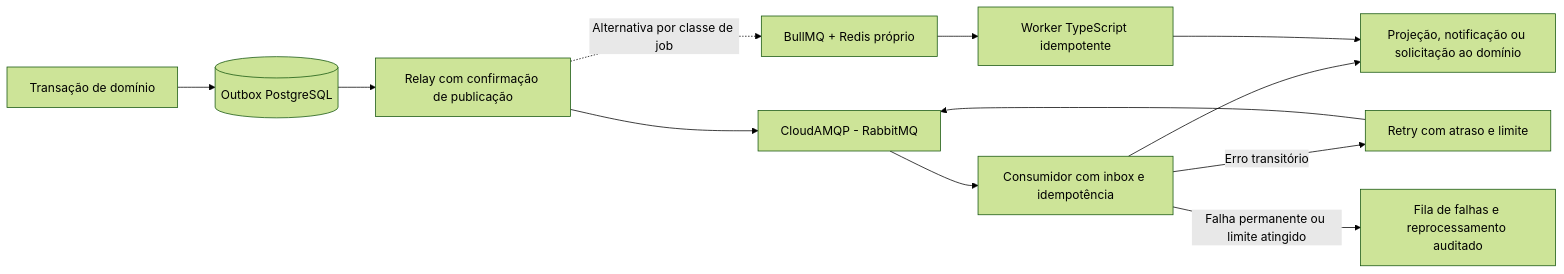
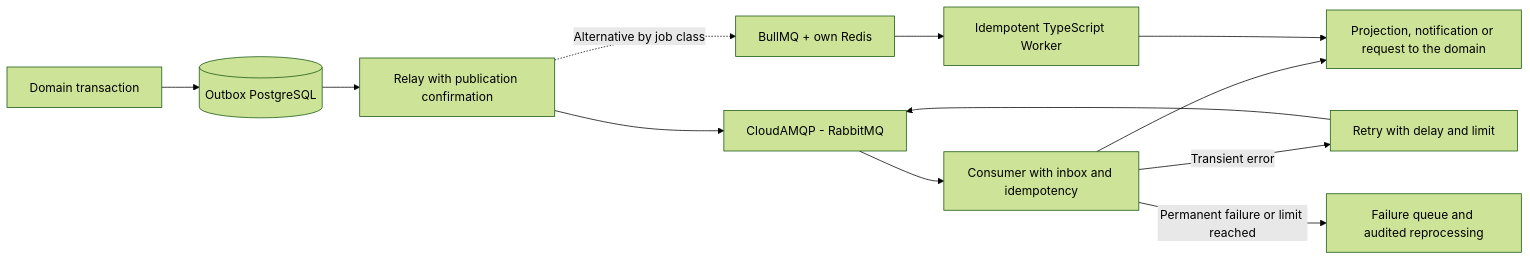
Before and after one commit to ReeseArch64/opencok: the fifth of 14 diagrams in .github/ARCHITECTURE.md, drawn with Mermaid (forest theme). The commit also changed other lines of this file and 10 other files, not shown here.

````diff
--- a/.github/ARCHITECTURE.md
+++ b/.github/ARCHITECTURE.md
@@ -512,14 +510,14 @@
 ```mermaid
 flowchart LR
-  write[Transação de domínio] --> outbox[(Outbox PostgreSQL)]
-  outbox --> relay[Relay com confirmação de publicação]
+  write[Domain transaction] --> outbox[(Outbox PostgreSQL)]
+  outbox --> relay[Relay with publication confirmation]
   relay --> rabbit[CloudAMQP - RabbitMQ]
-  relay -.->|Alternativa por classe de job| bull[BullMQ + Redis próprio]
-  rabbit --> consumer[Consumidor com inbox e idempotência]
-  bull --> worker[Worker TypeScript idempotente]
-  consumer --> projection[Projeção, notificação ou solicitação ao domínio]
+  relay -.->|Alternative by job class| bull[BullMQ + own Redis]
+  rabbit --> consumer[Consumer with inbox and idempotency]
+  bull --> worker[Idempotent TypeScript Worker]
+  consumer --> projection[Projection, notification or request to the domain]
   worker --> projection
-  consumer -->|Erro transitório| retry[Retry com atraso e limite]
+  consumer -->|Transient error| retry[Retry with delay and limit]
   retry --> rabbit
-  consumer -->|Falha permanente ou limite atingido| dlq[Fila de falhas e reprocessamento auditado]
+  consumer -->|Permanent failure or limit reached| dlq[Failure queue and audited reprocessing]
 ```
````
